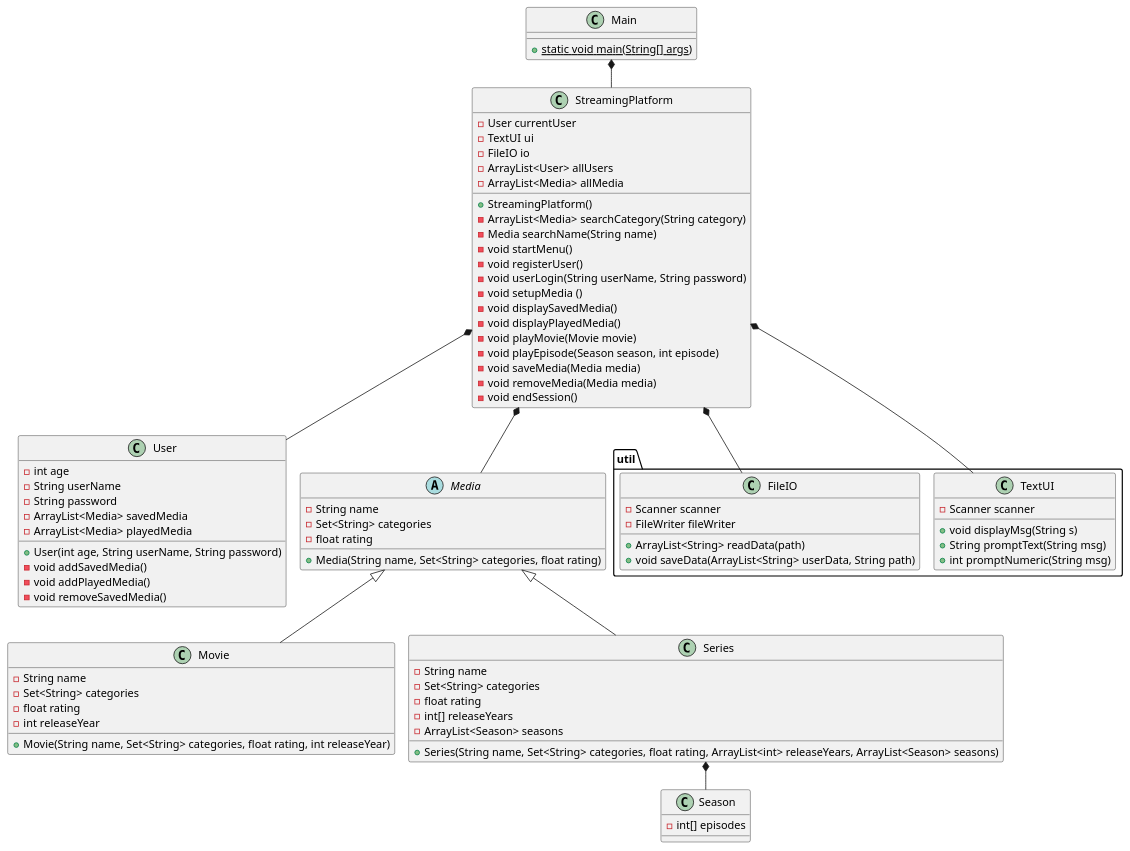
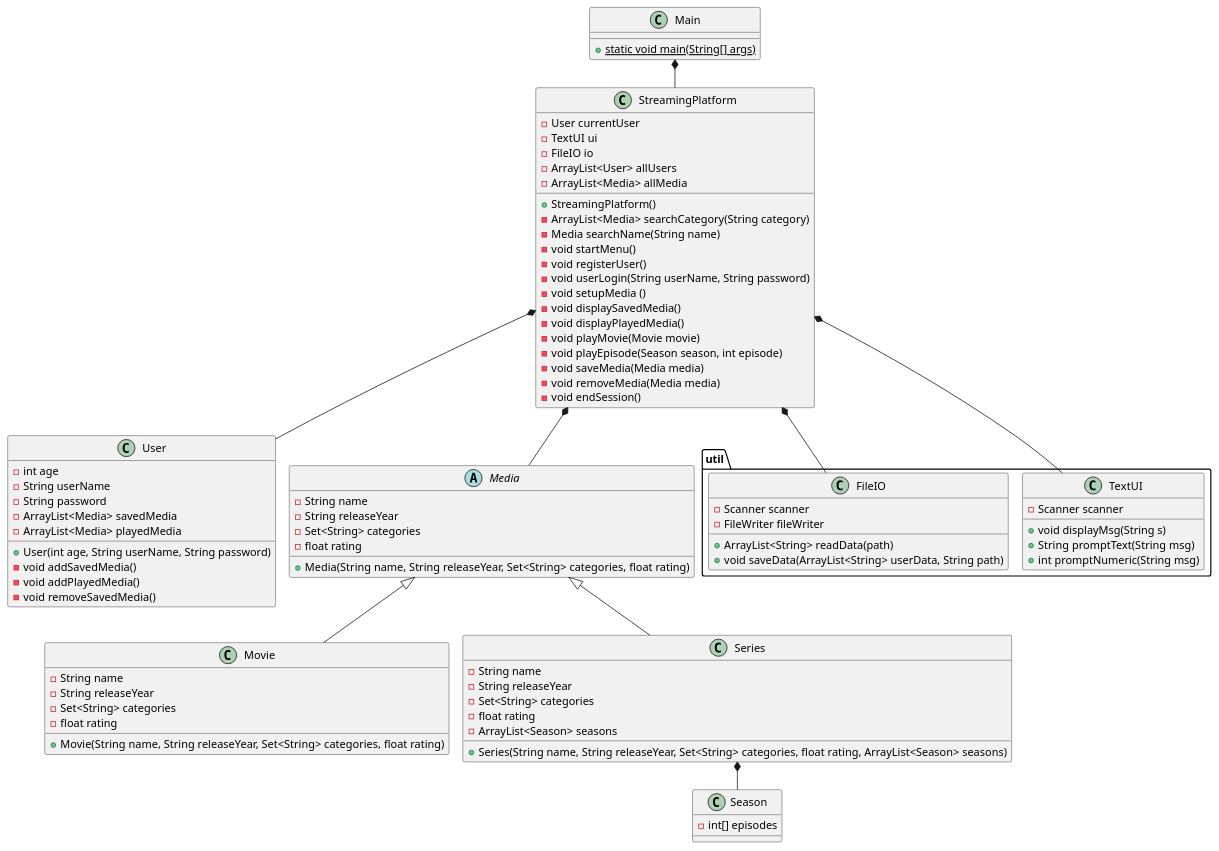
Before and after one commit to DavidK97/SP3: the diagram in doc/static/classdiagram.puml, drawn with PlantUML. The commit also changed 4 other files, not shown here.

```diff
--- a/doc/static/classdiagram.puml
+++ b/doc/static/classdiagram.puml
@@ -1,105 +1,106 @@
 @startuml
 'https://plantuml.com/sequence-diagram
 
 
 !pragma layout smetana
 
 class Main{
 + {static}static void main(String[] args)
 }
 
 class StreamingPlatform{
 'attributes
 - User currentUser
 - TextUI ui
 - FileIO io
 - ArrayList<User> allUsers
 - ArrayList<Media> allMedia
 
 'methods
 + StreamingPlatform()
 - ArrayList<Media> searchCategory(String category)
 - Media searchName(String name)
 - void startMenu()
 - void registerUser()
 - void userLogin(String userName, String password)
 - void setupMedia ()
 - void displaySavedMedia()
 - void displayPlayedMedia()
 - void playMovie(Movie movie)
 - void playEpisode(Season season, int episode)
 - void saveMedia(Media media)
 - void removeMedia(Media media)
 - void endSession()
 }
 
 class User {
  - int age
  - String userName
  - String password
  - ArrayList<Media> savedMedia
  - ArrayList<Media> playedMedia
  + User(int age, String userName, String password)
  - void addSavedMedia()
  - void addPlayedMedia()
  - void removeSavedMedia()
 }
 
 abstract class Media{
 - String name
+- String releaseYear
 - Set<String> categories
 - float rating
-+ Media(String name, Set<String> categories, float rating)
++ Media(String name, String releaseYear, Set<String> categories, float rating)
 }
 
 class Movie {
 - String name
+- String releaseYear
 - Set<String> categories
 - float rating
-- int releaseYear
-+ Movie(String name, Set<String> categories, float rating, int releaseYear)
++ Movie(String name, String releaseYear, Set<String> categories, float rating)
 }
 
 class Series {
 - String name
+- String releaseYear
 - Set<String> categories
 - float rating
-- int[] releaseYears
 - ArrayList<Season> seasons
-+ Series(String name, Set<String> categories, float rating, ArrayList<int> releaseYears, ArrayList<Season> seasons)
++ Series(String name, String releaseYear, Set<String> categories, float rating, ArrayList<Season> seasons)
 }
 
 class Season{
 - int[] episodes
 }
 
 package "util" {
 class TextUI {
  - Scanner scanner
  + void displayMsg(String s)
  + String promptText(String msg)
  + int promptNumeric(String msg)
 }
 
 class FileIO{
  - Scanner scanner
  - FileWriter fileWriter
  + ArrayList<String> readData(path)
  + void saveData(ArrayList<String> userData, String path)
 }
 
 
 Main *-- StreamingPlatform
 StreamingPlatform *-- User
 StreamingPlatform *-- Media
 StreamingPlatform *-- TextUI
 StreamingPlatform *-- FileIO
 Series *-- Season
 
 Media <|-- Series
 Media <|-- Movie
 
 
 
 
 @enduml
```
